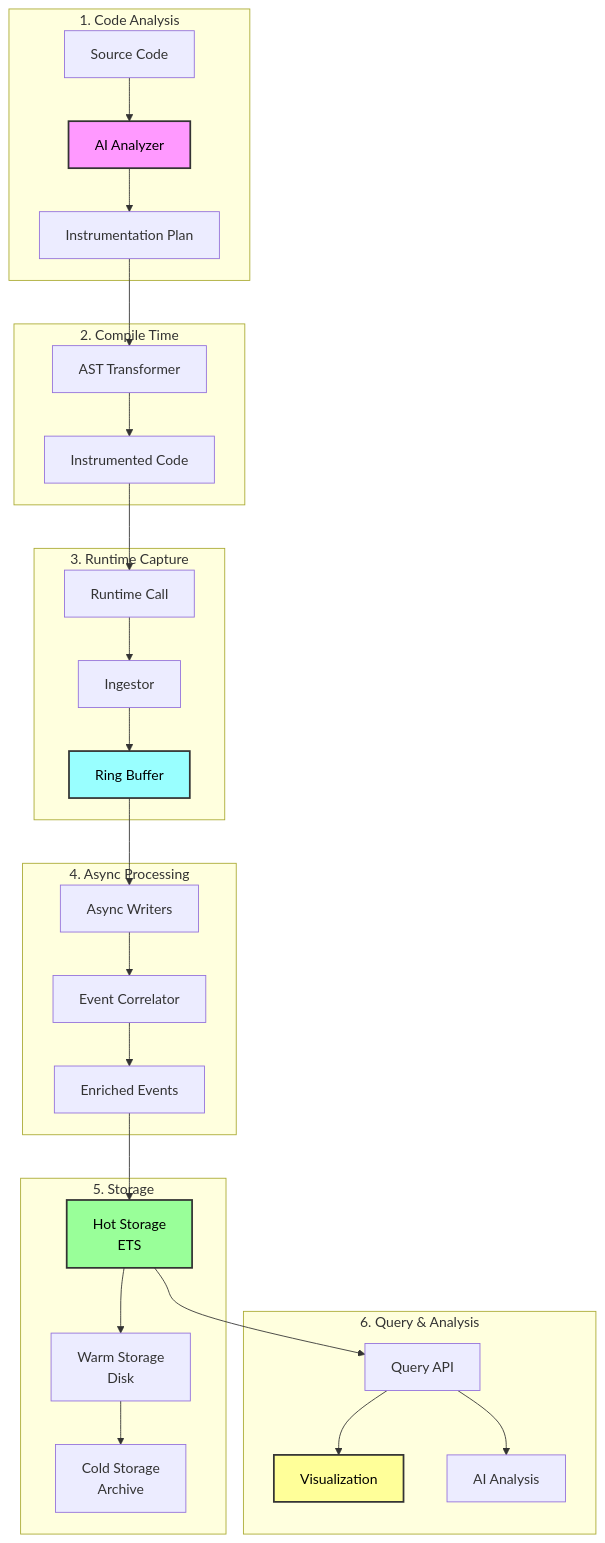
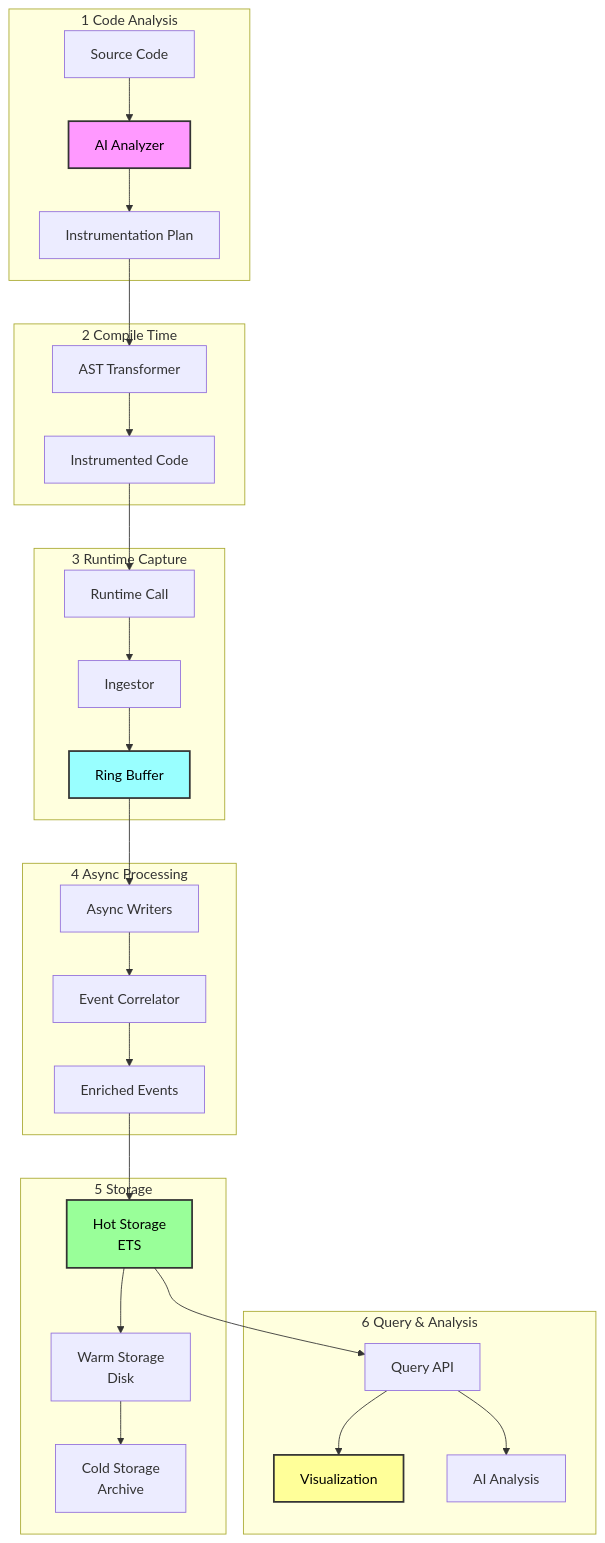
The tenth of 10 diagrams in DIAGS.md (nshkrdotcom/ElixirScope), drawn with Mermaid before and after one commit.

````diff
--- a/DIAGS.md
+++ b/DIAGS.md
@@ -419,41 +419,41 @@
 ```mermaid
 flowchart TB
-    subgraph "1. Code Analysis"
+    subgraph "1 Code Analysis"
         SRC[Source Code] --> AI[AI Analyzer]
         AI --> PLAN[Instrumentation Plan]
     end
     
-    subgraph "2. Compile Time"
+    subgraph "2 Compile Time"
         PLAN --> AST[AST Transformer]
         AST --> INST[Instrumented Code]
     end
     
-    subgraph "3. Runtime Capture"
+    subgraph "3 Runtime Capture"
         INST --> RT[Runtime Call]
         RT --> ING[Ingestor]
         ING --> RB[Ring Buffer]
     end
     
-    subgraph "4. Async Processing"
+    subgraph "4 Async Processing"
         RB --> AW[Async Writers]
         AW --> EC[Event Correlator]
         EC --> ENR[Enriched Events]
     end
     
-    subgraph "5. Storage"
+    subgraph "5 Storage"
         ENR --> HOT[Hot Storage<br/>ETS]
         HOT --> WARM[Warm Storage<br/>Disk]
         WARM --> COLD[Cold Storage<br/>Archive]
     end
     
-    subgraph "6. Query & Analysis"
+    subgraph "6 Query & Analysis"
         HOT --> QRY[Query API]
         QRY --> VIZ[Visualization]
         QRY --> AI2[AI Analysis]
     end
 
     style AI fill:#f9f,stroke:#333,stroke-width:2px,color:#000
     style RB fill:#9ff,stroke:#333,stroke-width:2px,color:#000
     style HOT fill:#9f9,stroke:#333,stroke-width:2px,color:#000
     style VIZ fill:#ff9,stroke:#333,stroke-width:2px,color:#000
 ```
````
